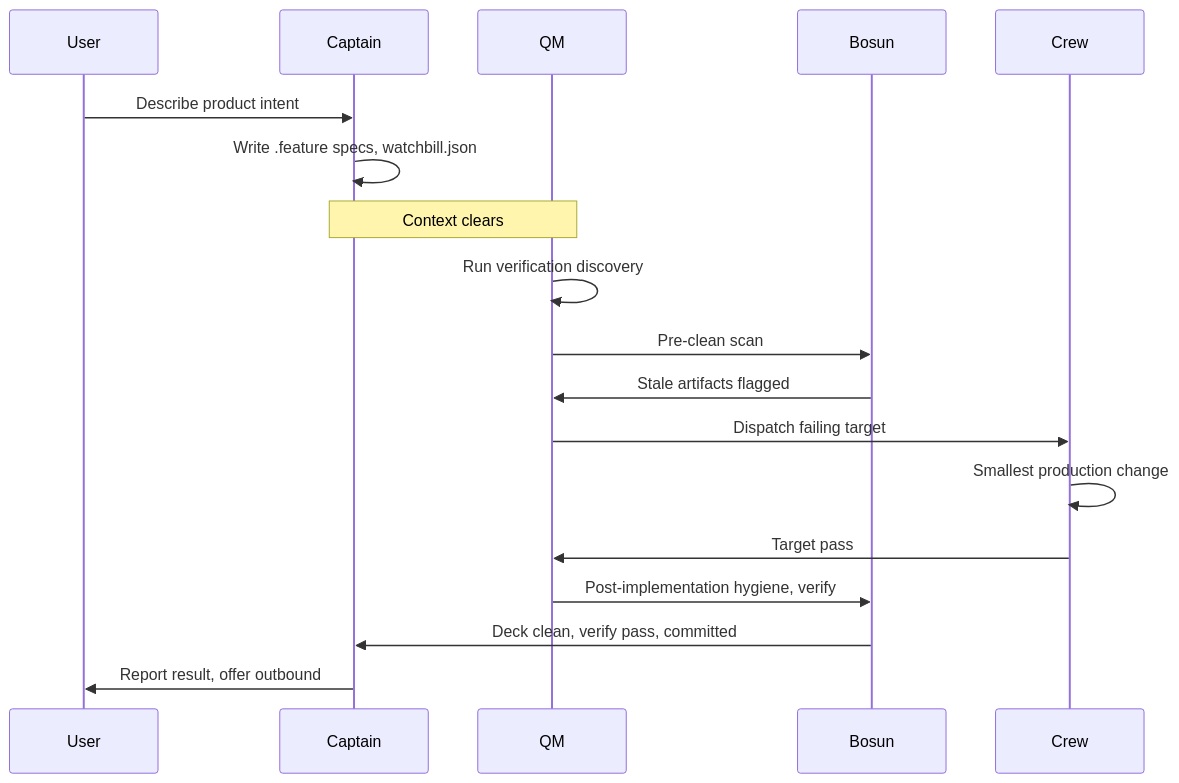
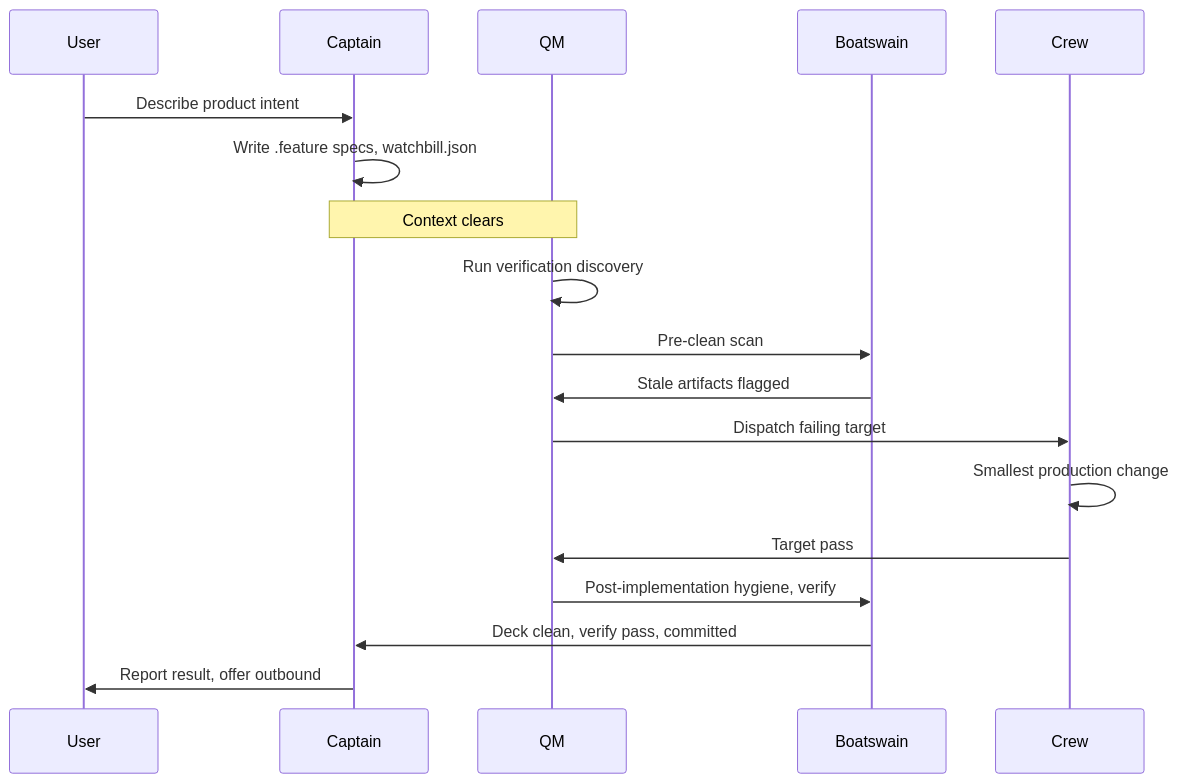
Before and after one commit to dmytri/shipshape: the first of 2 diagrams in README.md, drawn with Mermaid. The commit also changed other lines of this file and 7 other files, not shown here.

First line of the commit message:
Rename the Bosun role to Boatswain across skills, docs, and routing

````diff
--- a/README.md
+++ b/README.md
@@ -112,21 +112,21 @@
 ```mermaid
 sequenceDiagram
     participant User
     participant Captain
     participant QM
-    participant Bosun
+    participant Boatswain
     participant Crew
 
     User->>Captain: Describe product intent
     Captain->>Captain: Write .feature specs, watchbill.json
     Note over Captain,QM: Context clears
     QM->>QM: Run verification discovery
-    QM->>Bosun: Pre-clean scan
-    Bosun->>QM: Stale artifacts flagged
+    QM->>Boatswain: Pre-clean scan
+    Boatswain->>QM: Stale artifacts flagged
     QM->>Crew: Dispatch failing target
     Crew->>Crew: Smallest production change
     Crew->>QM: Target pass
-    QM->>Bosun: Post-implementation hygiene, verify
-    Bosun->>Captain: Deck clean, verify pass, committed
+    QM->>Boatswain: Post-implementation hygiene, verify
+    Boatswain->>Captain: Deck clean, verify pass, committed
     Captain->>User: Report result, offer outbound
 ```
````
